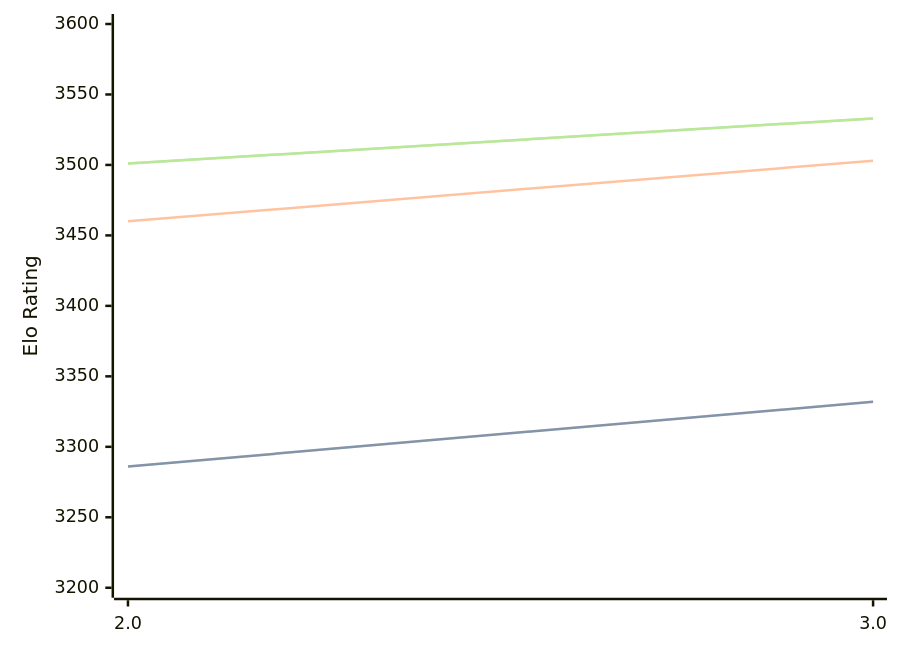
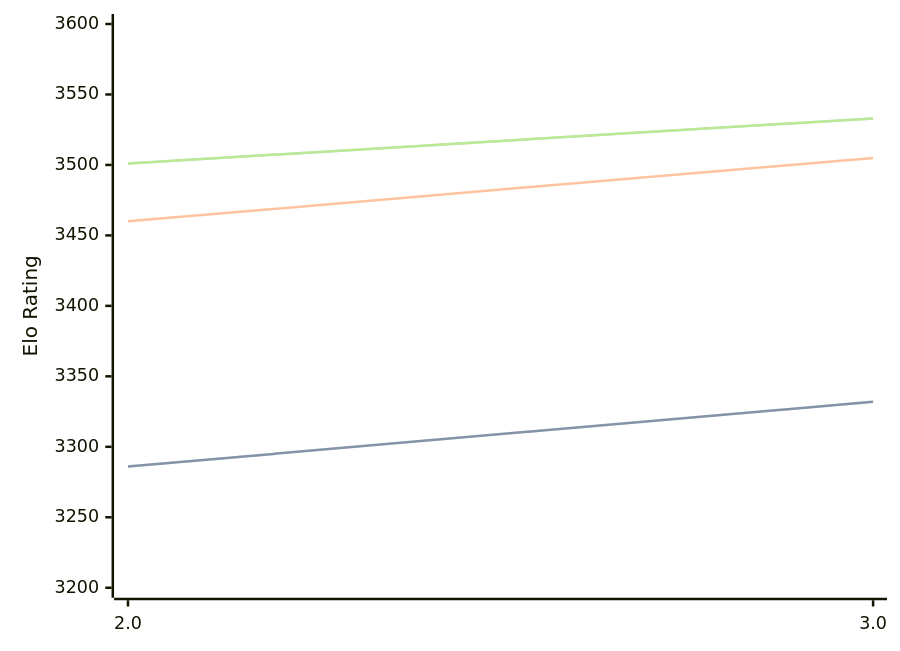
The third of 3 diagrams in engines/Quanticade.md (computer-chess-index/cci), drawn with Mermaid before and after one commit. The commit also changed other lines of this file, not shown here.

````diff
--- a/engines/Quanticade.md
+++ b/engines/Quanticade.md
@@ -74,11 +74,11 @@
 ```mermaid
 %%{init: {"theme":"base","themeVariables":{"seriesColors:['#a3a3a3','#222221','#faa371']}}}%%
 xychart-beta
   x-axis ["2.0", "3.0"]
   y-axis "Elo Rating" 3200 --> 3600
   line "STC (8.0+0.08s)" [3286, 3332]
   line "STC (8.0+0.08s)" [3286, 3332]
-  line "LTC (60.0+0.60s)" [3460, 3503]
+  line "LTC (60.0+0.60s)" [3460, 3505]
   line "VLTC (2m24s+1.12s)" [3501, 3533]
   line "VLTC (2m24s+1.12s)" [3501, 3533]
 ```
````
